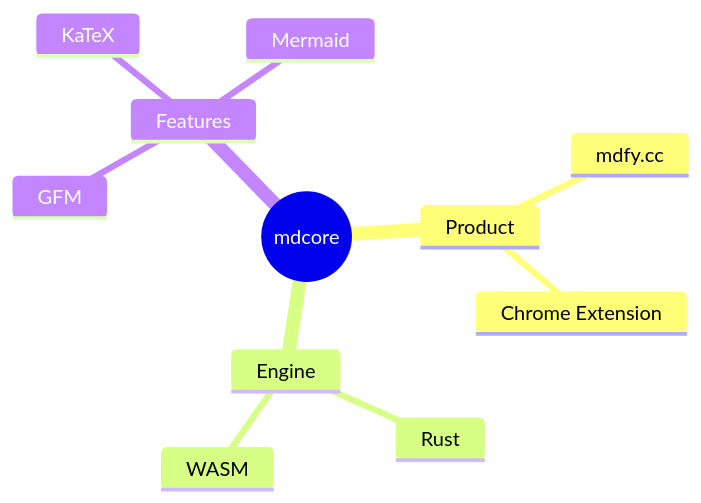
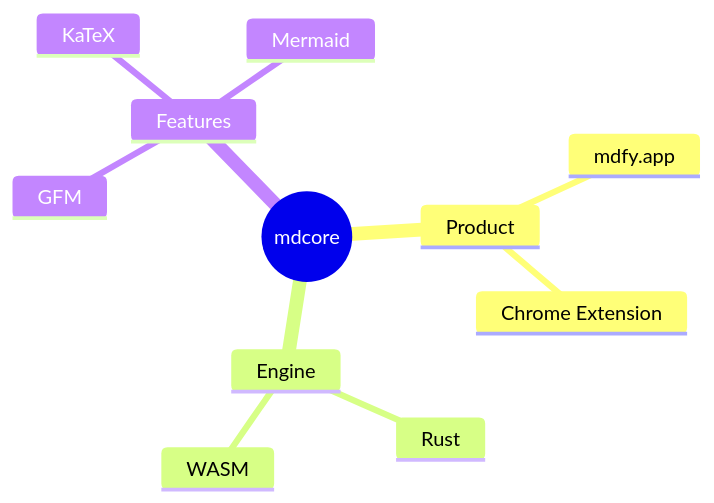
The eighth of 13 diagrams in apps/desktop/renderer/examples/diagrams.md (raymindai/mdcore), drawn with Mermaid before and after one commit. The commit also changed other lines of this file and 123 other files, not shown here.

First line of the commit message:
Migrate domain: mdfy.cc → mdfy.app

````diff
--- a/apps/desktop/renderer/examples/diagrams.md
+++ b/apps/desktop/renderer/examples/diagrams.md
@@ -98,14 +98,14 @@
 ```mermaid
 mindmap
   root((mdcore))
     Product
-      mdfy.cc
+      mdfy.app
       Chrome Extension
     Engine
       Rust
       WASM
     Features
       GFM
       KaTeX
       Mermaid
 ```
````
